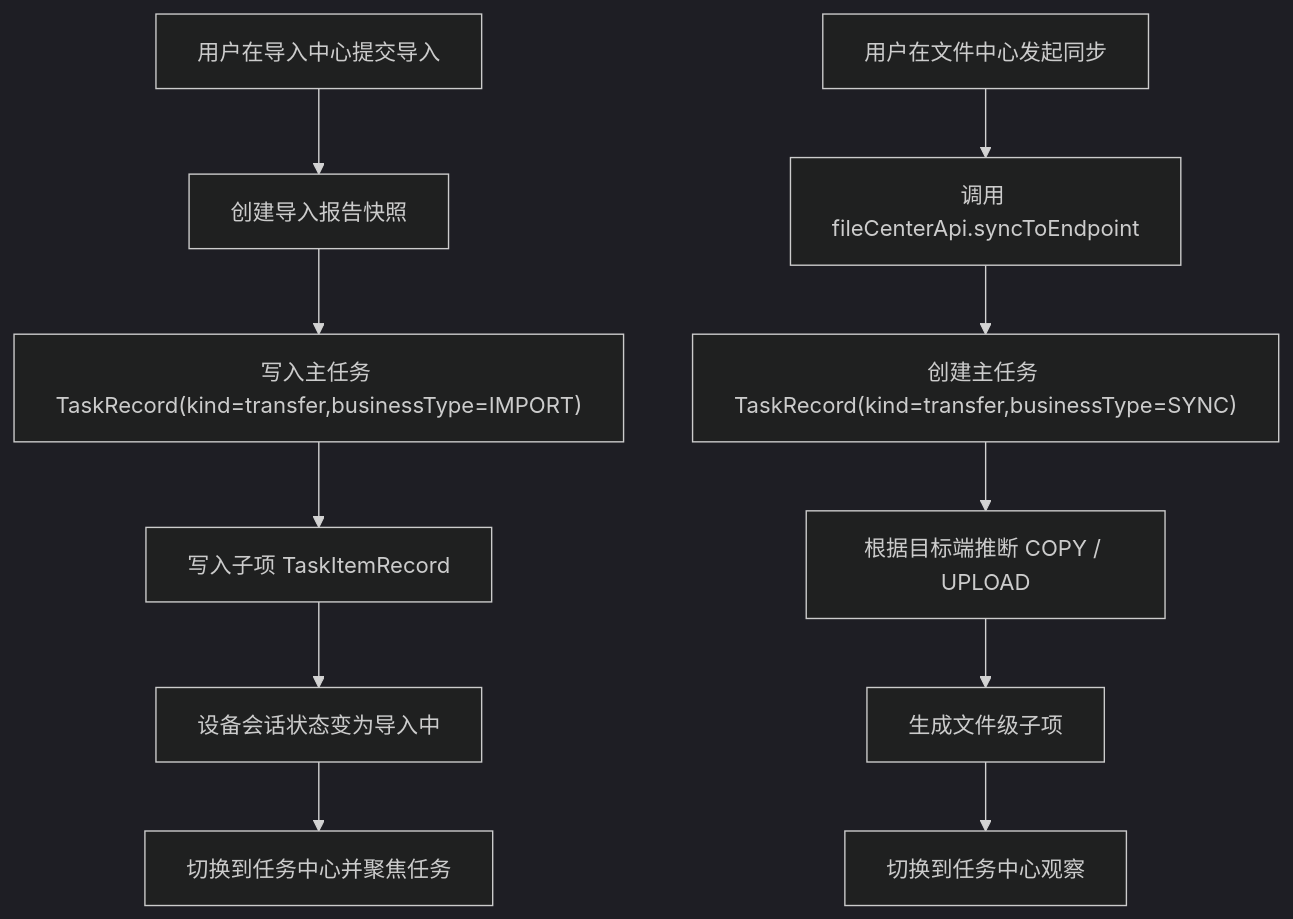
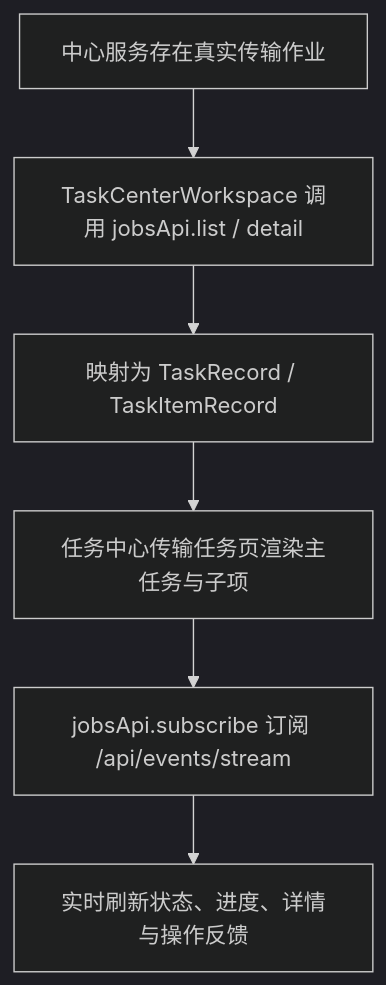
Before and after one commit to Meaninles/mam: the diagram in docs/技术架构/统一文件管理系统-传输任务流程图与状态机设计.md, drawn with Mermaid (dark theme). The commit also changed other lines of this file and 10 other files, not shown here.

````diff
--- a/docs/技术架构/统一文件管理系统-传输任务流程图与状态机设计.md
+++ b/docs/技术架构/统一文件管理系统-传输任务流程图与状态机设计.md
@@ -78,14 +49,8 @@
 ```mermaid
 flowchart TD
-  A["用户在导入中心提交导入"] --> B["创建导入报告快照"]
-  B --> C["写入主任务 TaskRecord(kind=transfer,businessType=IMPORT)"]
-  C --> D["写入子项 TaskItemRecord"]
-  D --> E["设备会话状态变为导入中"]
-  E --> F["切换到任务中心并聚焦任务"]
-
-  G["用户在文件中心发起同步"] --> H["调用 fileCenterApi.syncToEndpoint"]
-  H --> I["创建主任务 TaskRecord(kind=transfer,businessType=SYNC)"]
-  I --> J["根据目标端推断 COPY / UPLOAD"]
-  J --> K["生成文件级子项"]
-  K --> L["切换到任务中心观察"]
+  A["中心服务存在真实传输作业"] --> B["TaskCenterWorkspace 调用 jobsApi.list / detail"]
+  B --> C["映射为 TaskRecord / TaskItemRecord"]
+  C --> D["任务中心传输任务页渲染主任务与子项"]
+  D --> E["jobsApi.subscribe 订阅 /api/events/stream"]
+  E --> F["实时刷新状态、进度、详情与操作反馈"]
 ```
````
